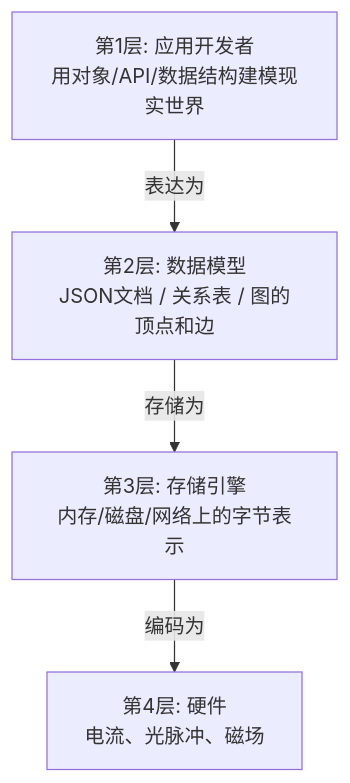
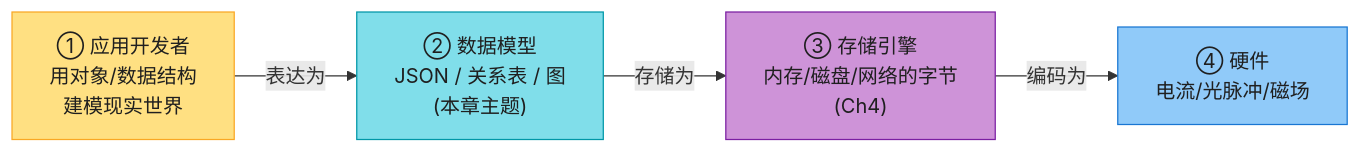
One commit to socoo123/ddia_2nd changed the first of 16 diagrams in ch03-数据模型与查询语言.md. Above: the diagram before and after it, drawn with Mermaid. The commit also changed other lines of this file and 8 other files, not shown here.

First line of the commit message:
重写 ch01-ch09 读书笔记：风格统一 + 内容扩充 + 大量图表

````diff
--- a/ch03-数据模型与查询语言.md
+++ b/ch03-数据模型与查询语言.md
@@ -79,11 +14,16 @@
 ```mermaid
-graph TB
-    L1["第1层: 应用开发者<br/>用对象/API/数据结构建模现实世界"]
-    L2["第2层: 数据模型<br/>JSON文档 / 关系表 / 图的顶点和边"]
-    L3["第3层: 存储引擎<br/>内存/磁盘/网络上的字节表示"]
-    L4["第4层: 硬件<br/>电流、光脉冲、磁场"]
+flowchart LR
+    L1["① 应用开发者<br/>用对象/数据结构<br/>建模现实世界"]
+    L2["② 数据模型<br/>JSON / 关系表 / 图<br/>(本章主题)"]
+    L3["③ 存储引擎<br/>内存/磁盘/网络的字节<br/>(Ch4)"]
+    L4["④ 硬件<br/>电流/光脉冲/磁场"]
 
     L1 -->|"表达为"| L2
     L2 -->|"存储为"| L3
     L3 -->|"编码为"| L4
+
+    style L1 fill:#FFE082,stroke:#F9A825,color:#1f1f1f
+    style L2 fill:#80DEEA,stroke:#0097A7,color:#1f1f1f
+    style L3 fill:#CE93D8,stroke:#7B1FA2,color:#1f1f1f
+    style L4 fill:#90CAF9,stroke:#1976D2,color:#1f1f1f
 ```
````
